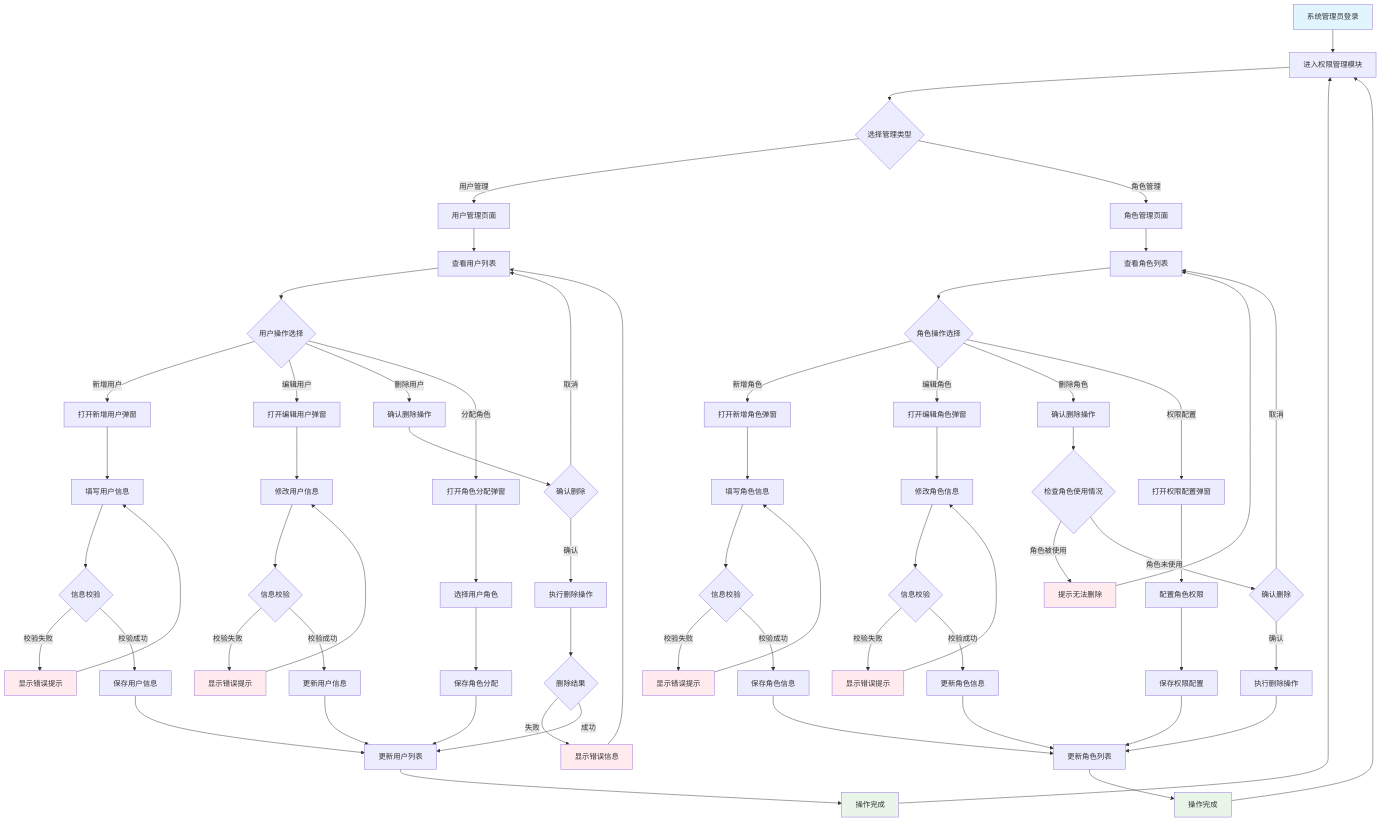
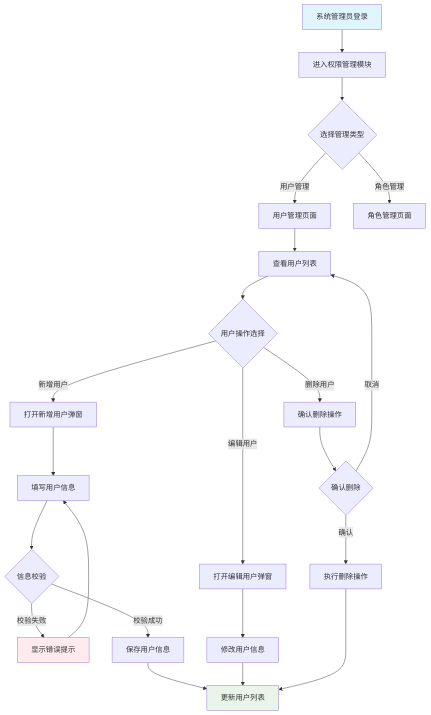
One commit to tiantianmanmanzou/0_ProductDesignKit changed the first of 2 diagrams in 1_ProductDesign产品设计规范.md. Above: the diagram before and after it, drawn with Mermaid. The commit also changed other lines of this file and 17 other files, not shown here.

````diff
--- a/1_ProductDesign产品设计规范.md
+++ b/1_ProductDesign产品设计规范.md
@@ -855,7 +378,6 @@
     D2 -->|新增用户| D3[打开新增用户弹窗]
     D2 -->|编辑用户| D4[打开编辑用户弹窗]
     D2 -->|删除用户| D5[确认删除操作]
-    D2 -->|分配角色| D6[打开角色分配弹窗]
   
     D3 --> D7[填写用户信息]
     D7 --> D8{信息校验}
@@ -863,65 +385,12 @@
     D8 -->|校验成功| D10[保存用户信息]
     D10 --> D11[更新用户列表]
   
-    D4 --> D12[修改用户信息]
-    D12 --> D13{信息校验}
-    D13 -->|校验失败| D14[显示错误提示] --> D12
-    D13 -->|校验成功| D15[更新用户信息]
-    D15 --> D11
-  
+    D4 --> D12[修改用户信息] --> D11
     D5 --> D16{确认删除}
+    D16 -->|确认| D17[执行删除操作] --> D11
     D16 -->|取消| D1
-    D16 -->|确认| D17[执行删除操作]
-    D17 --> D18{删除结果}
-    D18 -->|失败| D19[显示错误信息] --> D1
-    D18 -->|成功| D11
-  
-    D6 --> D20[选择用户角色]
-    D20 --> D21[保存角色分配]
-    D21 --> D11
-  
-    E --> E1[查看角色列表]
-    E1 --> E2{角色操作选择}
-    E2 -->|新增角色| E3[打开新增角色弹窗]
-    E2 -->|编辑角色| E4[打开编辑角色弹窗]
-    E2 -->|删除角色| E5[确认删除操作]
-    E2 -->|权限配置| E6[打开权限配置弹窗]
-  
-    E3 --> E7[填写角色信息]
-    E7 --> E8{信息校验}
-    E8 -->|校验失败| E9[显示错误提示] --> E7
-    E8 -->|校验成功| E10[保存角色信息]
-    E10 --> E11[更新角色列表]
-  
-    E4 --> E12[修改角色信息]
-    E12 --> E13{信息校验}
-    E13 -->|校验失败| E14[显示错误提示] --> E12
-    E13 -->|校验成功| E15[更新角色信息]
-    E15 --> E11
-  
-    E5 --> E16{检查角色使用情况}
-    E16 -->|角色被使用| E17[提示无法删除] --> E1
-    E16 -->|角色未使用| E18{确认删除}
-    E18 -->|取消| E1
-    E18 -->|确认| E19[执行删除操作]
-    E19 --> E11
-  
-    E6 --> E20[配置角色权限]
-    E20 --> E21[保存权限配置]
-    E21 --> E11
-  
-    D11 --> D22[操作完成]
-    E11 --> E23[操作完成]
-    D22 --> B
-    E23 --> B
 
     style A fill:#e1f5fe
-    style D22 fill:#e8f5e8
-    style E23 fill:#e8f5e8
+    style D11 fill:#e8f5e8
     style D9 fill:#ffebee
-    style D14 fill:#ffebee
-    style D19 fill:#ffebee
-    style E9 fill:#ffebee
-    style E14 fill:#ffebee
-    style E17 fill:#ffebee
 ```
````
